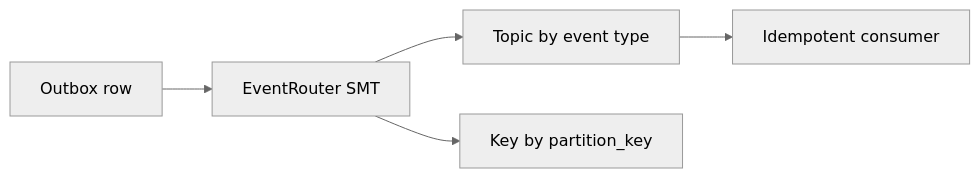
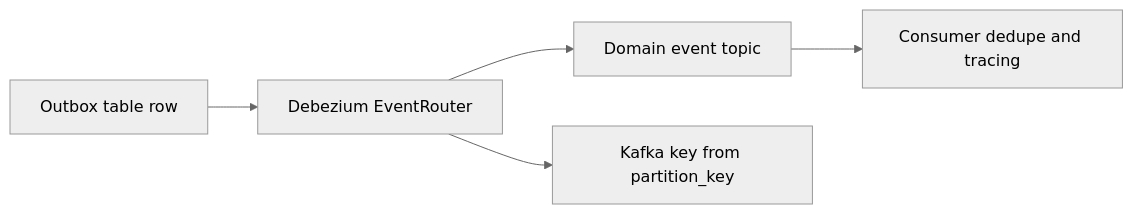
One commit to sandeepbhardwaj/sandeepbhardwaj.github.io changed the diagram in _posts/2026-06-15-kafka-outbox-cdc-debezium-pattern-part-2.md. Above: the diagram before and after it, drawn with Mermaid (neutral theme). The commit also changed other lines of this file and 113 other files, not shown here.

````diff
--- a/_posts/2026-06-15-kafka-outbox-cdc-debezium-pattern-part-2.md
+++ b/_posts/2026-06-15-kafka-outbox-cdc-debezium-pattern-part-2.md
@@ -45,7 +43,7 @@
 ```mermaid
 flowchart LR
-    A[Outbox row] --> B[EventRouter SMT]
-    B --> C[Topic by event type]
-    B --> D[Key by partition_key]
-    C --> E[Idempotent consumer]
+    A[Outbox table row] --> B[Debezium EventRouter]
+    B --> C[Domain event topic]
+    B --> D[Kafka key from partition_key]
+    C --> E[Consumer dedupe and tracing]
 ```
````
